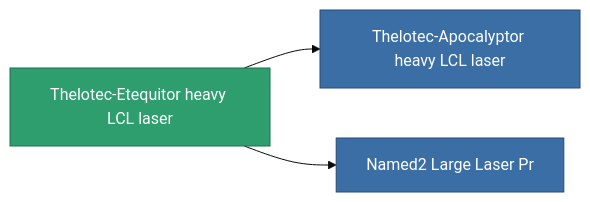
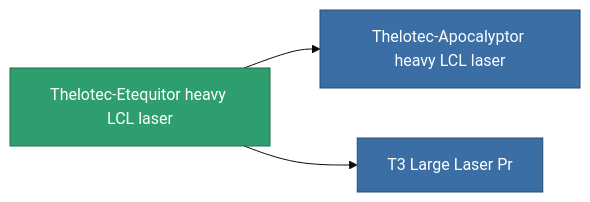
One commit to OpenPerpetuum/Wiki changed the diagram in content/content/items/named1_large_laser.md. Above: the diagram before and after it, drawn with Mermaid (base theme). The commit also changed other lines of this file and 4904 other files, not shown here.

````diff
--- a/content/content/items/named1_large_laser.md
+++ b/content/content/items/named1_large_laser.md
@@ -70,13 +52,13 @@
 ```mermaid
 graph LR
     a["Thelotec-Etequitor heavy LCL laser"]:::current
     b["Thelotec-Apocalyptor heavy LCL laser"]:::prod
     a --> b
     click b "/content/items/named2-large-laser/" "Thelotec-Apocalyptor heavy LCL laser"
-    c["Named2 Large Laser Pr"]:::prod
+    c["T3 Large Laser Pr"]:::prod
     a --> c
-    click c "/content/items/named2-large-laser-pr/" "Named2 Large Laser Pr"
+    click c "/content/items/named2-large-laser-pr/" "T3 Large Laser Pr"
     classDef current fill:#2f9e6f,stroke:#1f6f4a,color:#ffffff
     classDef prod fill:#3b6ea5,stroke:#274a75,color:#ffffff
     classDef more fill:#39445a,stroke:#54658a,color:#d5dbe8
 ```
````
